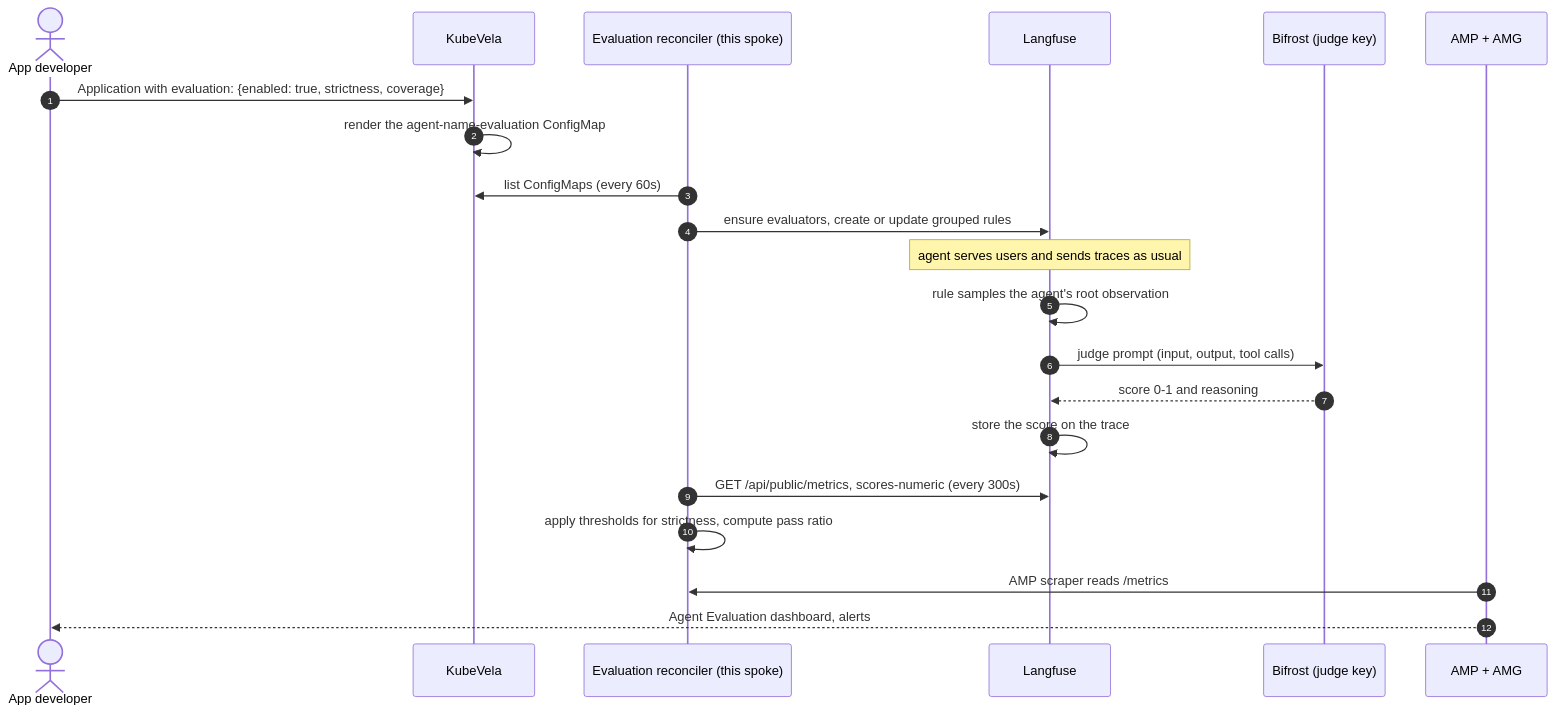
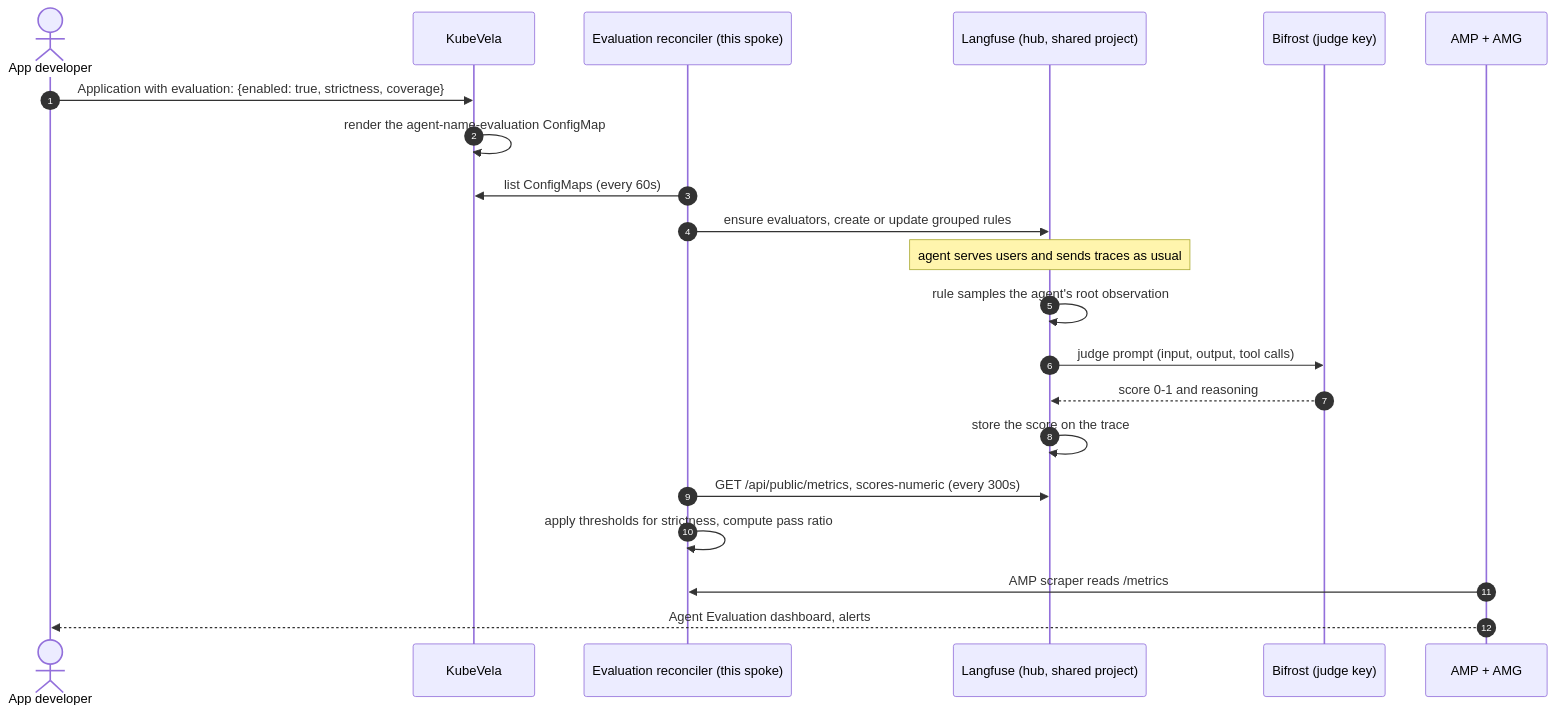
Before and after one commit to awslabs/open-agentic-platform: the fourth of 4 diagrams in docs/architecture/agent-evaluation.md, drawn with Mermaid.

Commit message:
docs(architecture): mark Langfuse as the hub's shared project in the sequence diagram

````diff
--- a/docs/architecture/agent-evaluation.md
+++ b/docs/architecture/agent-evaluation.md
@@ -822,23 +822,23 @@
 ```mermaid
 sequenceDiagram
     autonumber
     actor Dev as App developer
     participant KV as KubeVela
     participant R as Evaluation reconciler (this spoke)
-    participant LF as Langfuse
+    participant LF as Langfuse (hub, shared project)
     participant BF as Bifrost (judge key)
     participant G as AMP + AMG
     Dev->>KV: Application with evaluation: {enabled: true, strictness, coverage}
     KV->>KV: render the agent-name-evaluation ConfigMap
     R->>KV: list ConfigMaps (every 60s)
     R->>LF: ensure evaluators, create or update grouped rules
     Note over LF: agent serves users and sends traces as usual
     LF->>LF: rule samples the agent's root observation
     LF->>BF: judge prompt (input, output, tool calls)
     BF-->>LF: score 0-1 and reasoning
     LF->>LF: store the score on the trace
     R->>LF: GET /api/public/metrics, scores-numeric (every 300s)
     R->>R: apply thresholds for strictness, compute pass ratio
     G->>R: AMP scraper reads /metrics
     G-->>Dev: Agent Evaluation dashboard, alerts
 ```
````
